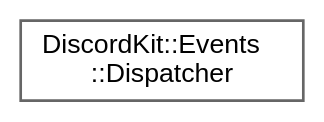
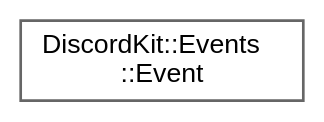
One commit to nikooozzz/DiscordKit changed the diagram in inherit_graph_3.dot. Above: the diagram before and after it, drawn with Graphviz. The commit also changed 198 other files, not shown here.

Commit message:
Deploying to gh-pages from @ nikooozzz/DiscordKit@cfc273f1e1e5936f612e0feb3cd213875df90022 🚀

```diff
--- a/inherit_graph_3.dot
+++ b/inherit_graph_3.dot
@@ -1,9 +1,9 @@
 digraph "Graphical Class Hierarchy"
 {
  // LATEX_PDF_SIZE
   bgcolor="transparent";
   edge [fontname=Helvetica,fontsize=10,labelfontname=Helvetica,labelfontsize=10];
   node [fontname=Helvetica,fontsize=10,shape=box,height=0.2,width=0.4];
   rankdir="LR";
-  Node0 [id="Node000000",label="DiscordKit::Events\l::Dispatcher",height=0.2,width=0.4,color="grey40", fillcolor="white", style="filled",URL="$d8/d82/classDiscordKit_1_1Events_1_1Dispatcher.html",tooltip=" "];
+  Node0 [id="Node000000",label="DiscordKit::Events\l::Event",height=0.2,width=0.4,color="grey40", fillcolor="white", style="filled",URL="$d0/d16/classDiscordKit_1_1Events_1_1Event.html",tooltip="Model class for the discord gateway event payload structure."];
 }
```
